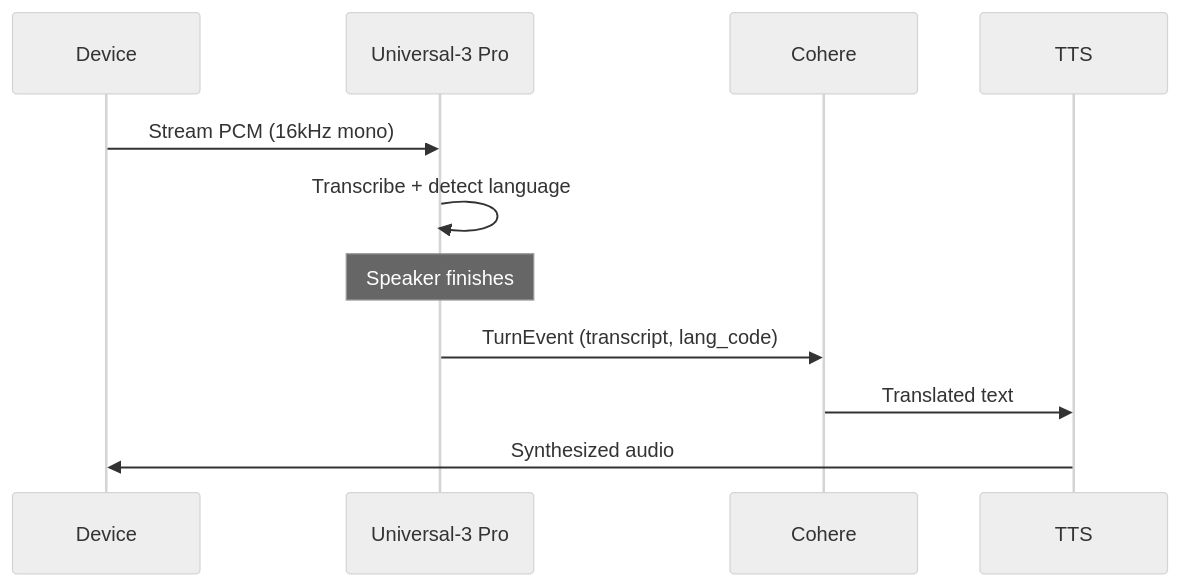
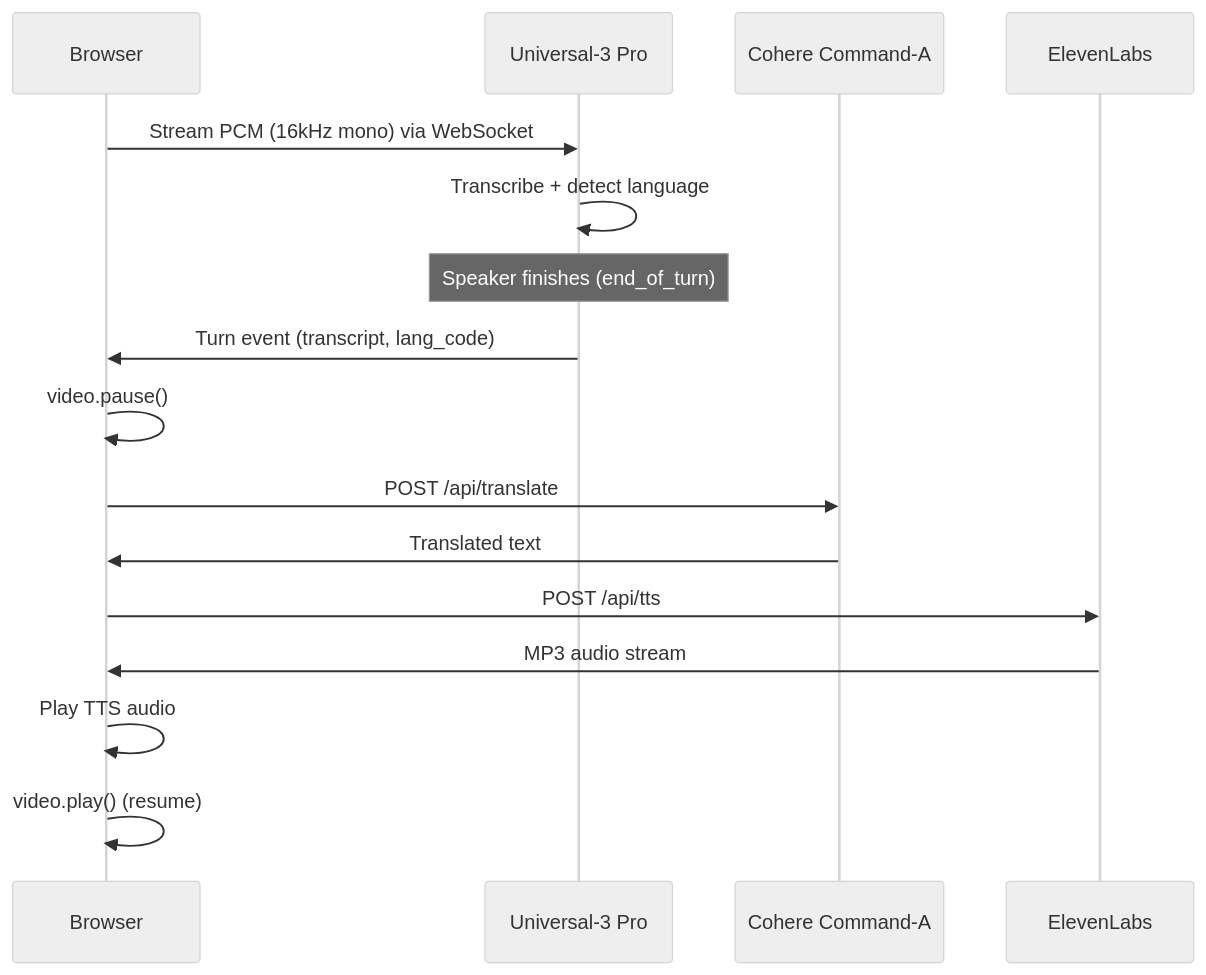
Before and after one commit to fjkiani/assembly-ai-assignment: the first of 3 diagrams in itranslate_demo/approach_document.md, drawn with Mermaid (neutral theme). The commit also changed other lines of this file and 8 other files, not shown here.

````diff
--- a/itranslate_demo/approach_document.md
+++ b/itranslate_demo/approach_document.md
@@ -49,14 +60,19 @@
 ```mermaid
 sequenceDiagram
-    participant Device
+    participant Browser
     participant STT as Universal-3 Pro
-    participant LLM as Cohere
-    participant TTS
+    participant LLM as Cohere Command-A
+    participant TTS as ElevenLabs
 
-    Device->>STT: Stream PCM (16kHz mono)
+    Browser->>STT: Stream PCM (16kHz mono) via WebSocket
     STT->>STT: Transcribe + detect language
-    Note over STT: Speaker finishes
-    STT->>LLM: TurnEvent (transcript, lang_code)
-    LLM->>TTS: Translated text
-    TTS->>Device: Synthesized audio
+    Note over STT: Speaker finishes (end_of_turn)
+    STT->>Browser: Turn event (transcript, lang_code)
+    Browser->>Browser: video.pause()
+    Browser->>LLM: POST /api/translate
+    LLM->>Browser: Translated text
+    Browser->>TTS: POST /api/tts
+    TTS->>Browser: MP3 audio stream
+    Browser->>Browser: Play TTS audio
+    Browser->>Browser: video.play() (resume)
 ```
````
